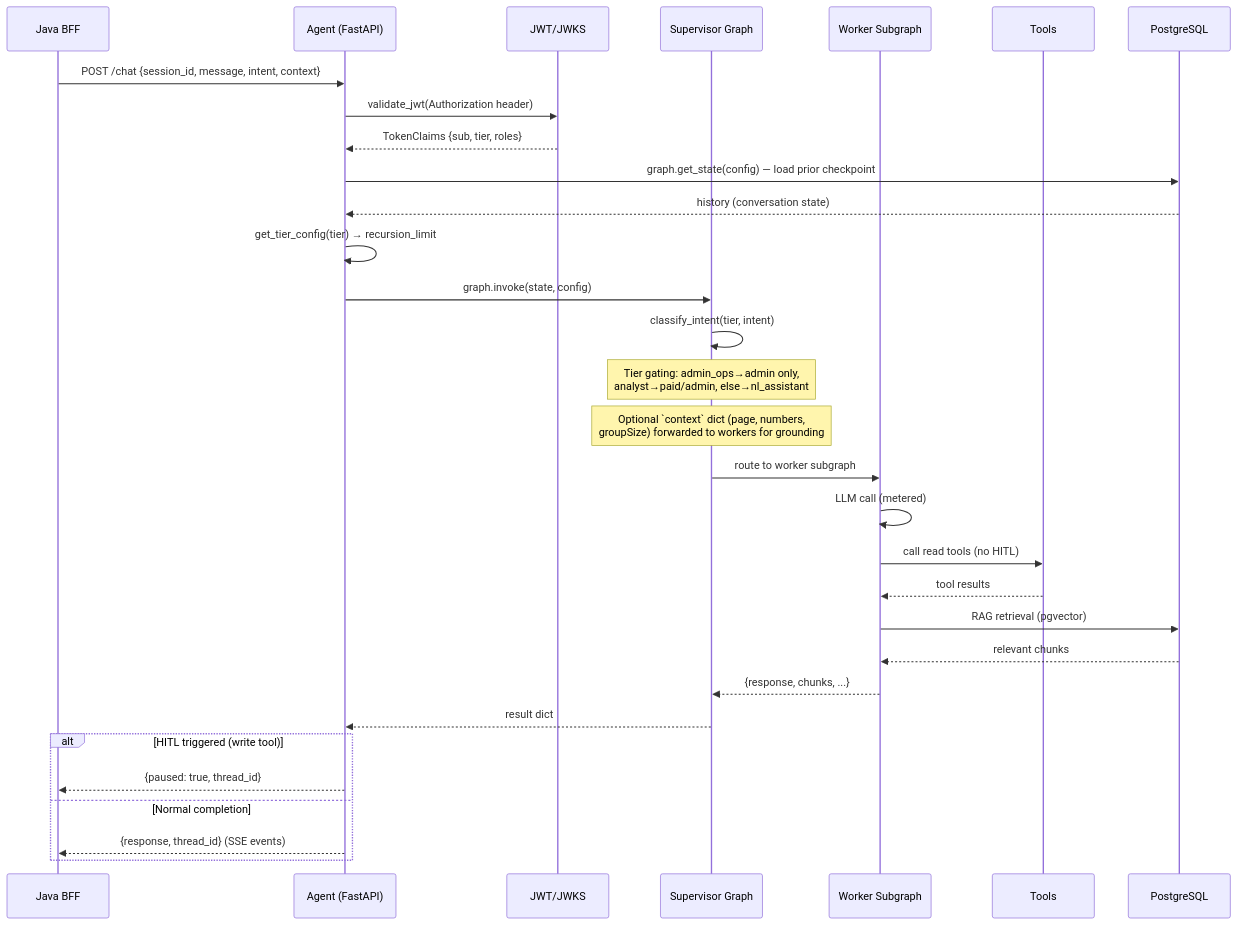
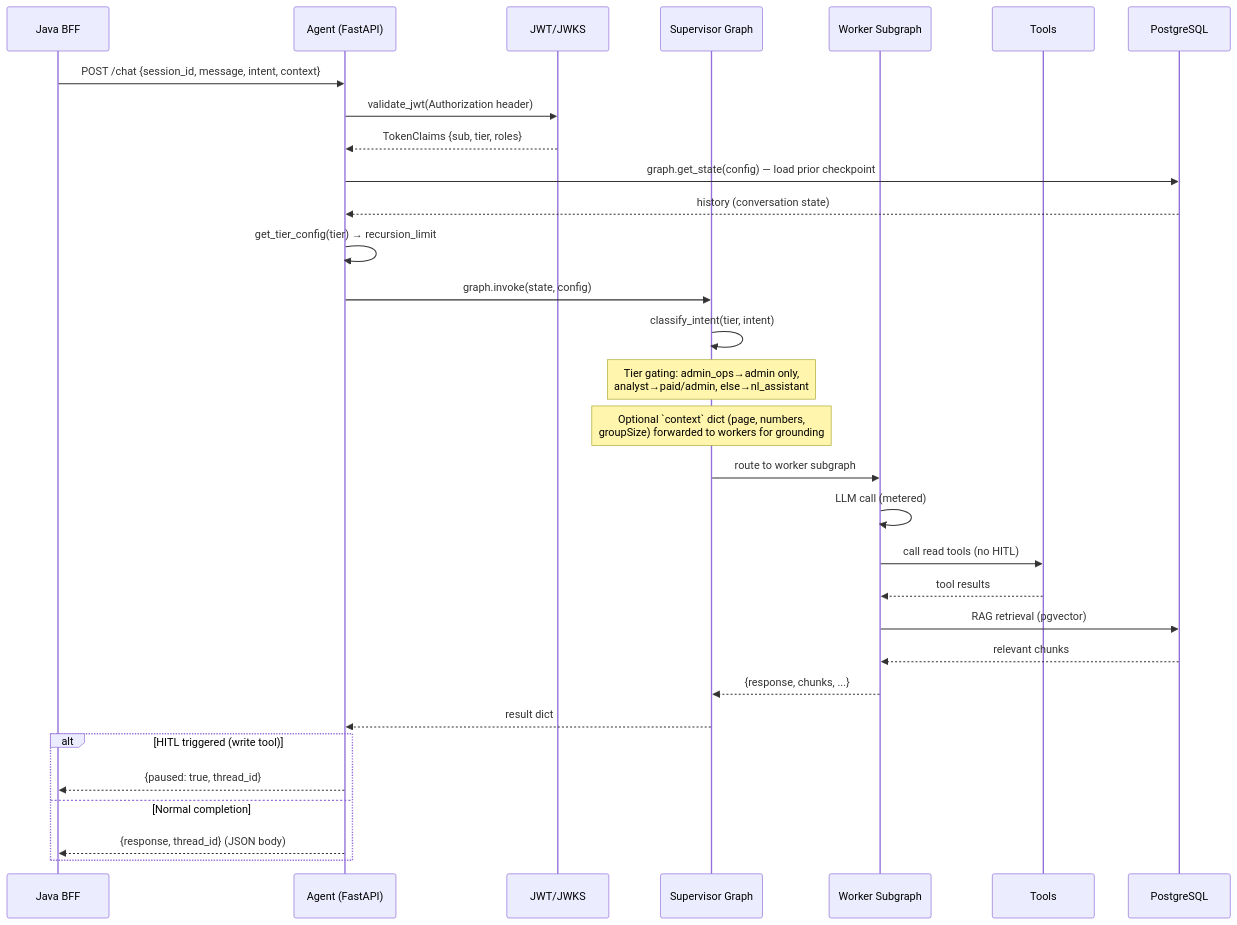
Before and after one commit to lihai1/statistiloto-agent: the first of 8 diagrams in docs/FLOWS.md, drawn with Mermaid. The commit also changed other lines of this file and 3 other files, not shown here.

````diff
--- a/docs/FLOWS.md
+++ b/docs/FLOWS.md
@@ -7,38 +7,38 @@
 ```mermaid
 sequenceDiagram
     participant BFF as Java BFF
     participant Agent as Agent (FastAPI)
     participant Auth as JWT/JWKS
     participant Sup as Supervisor Graph
     participant Worker as Worker Subgraph
     participant Tools as Tools
     participant DB as PostgreSQL
 
     BFF->>Agent: POST /chat {session_id, message, intent, context}
     Agent->>Auth: validate_jwt(Authorization header)
     Auth-->>Agent: TokenClaims {sub, tier, roles}
 
     Agent->>DB: graph.get_state(config) — load prior checkpoint
     DB-->>Agent: history (conversation state)
 
     Agent->>Agent: get_tier_config(tier) → recursion_limit
     Agent->>Sup: graph.invoke(state, config)
     Sup->>Sup: classify_intent(tier, intent)
     Note over Sup: Tier gating: admin_ops→admin only,<br/>analyst→paid/admin, else→nl_assistant
     Note over Sup: Optional `context` dict (page, numbers,<br/>groupSize) forwarded to workers for grounding
 
     Sup->>Worker: route to worker subgraph
     Worker->>Worker: LLM call (metered)
     Worker->>Tools: call read tools (no HITL)
     Tools-->>Worker: tool results
     Worker->>DB: RAG retrieval (pgvector)
     DB-->>Worker: relevant chunks
     Worker-->>Sup: {response, chunks, ...}
     Sup-->>Agent: result dict
 
     alt HITL triggered (write tool)
         Agent-->>BFF: {paused: true, thread_id}
     else Normal completion
-        Agent-->>BFF: {response, thread_id} (SSE events)
+        Agent-->>BFF: {response, thread_id} (JSON body)
     end
 ```
````
